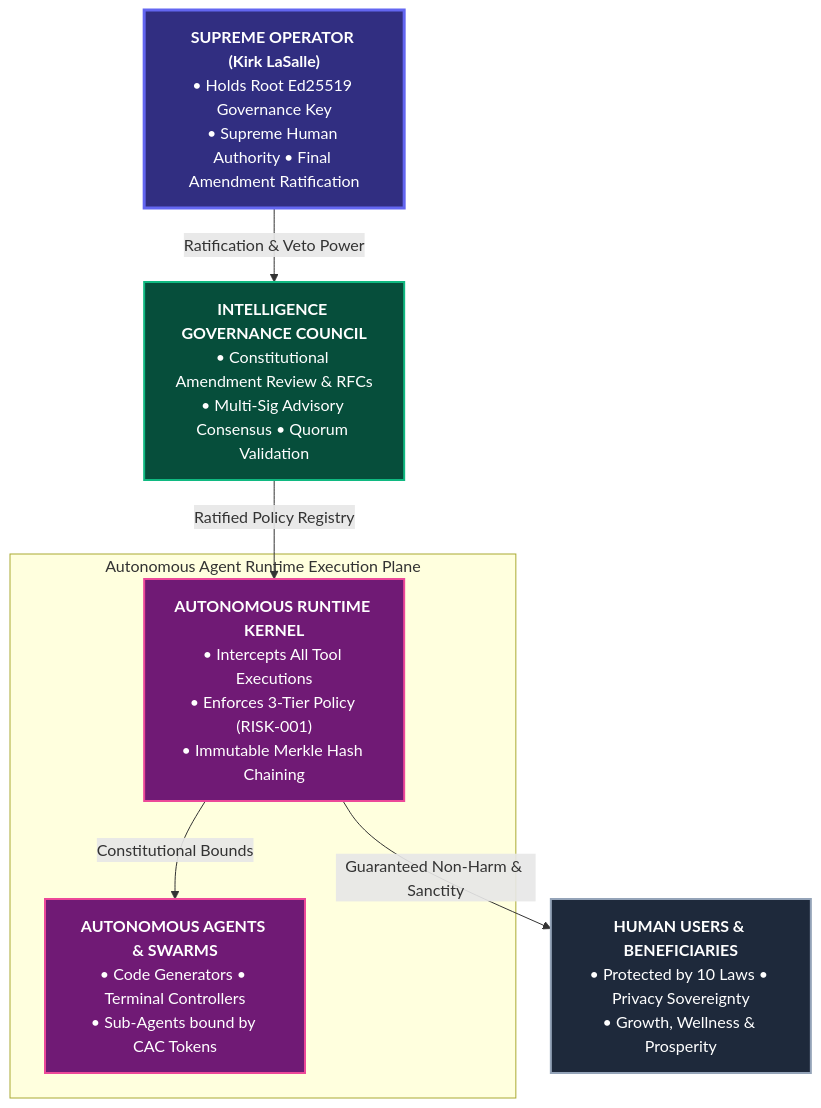
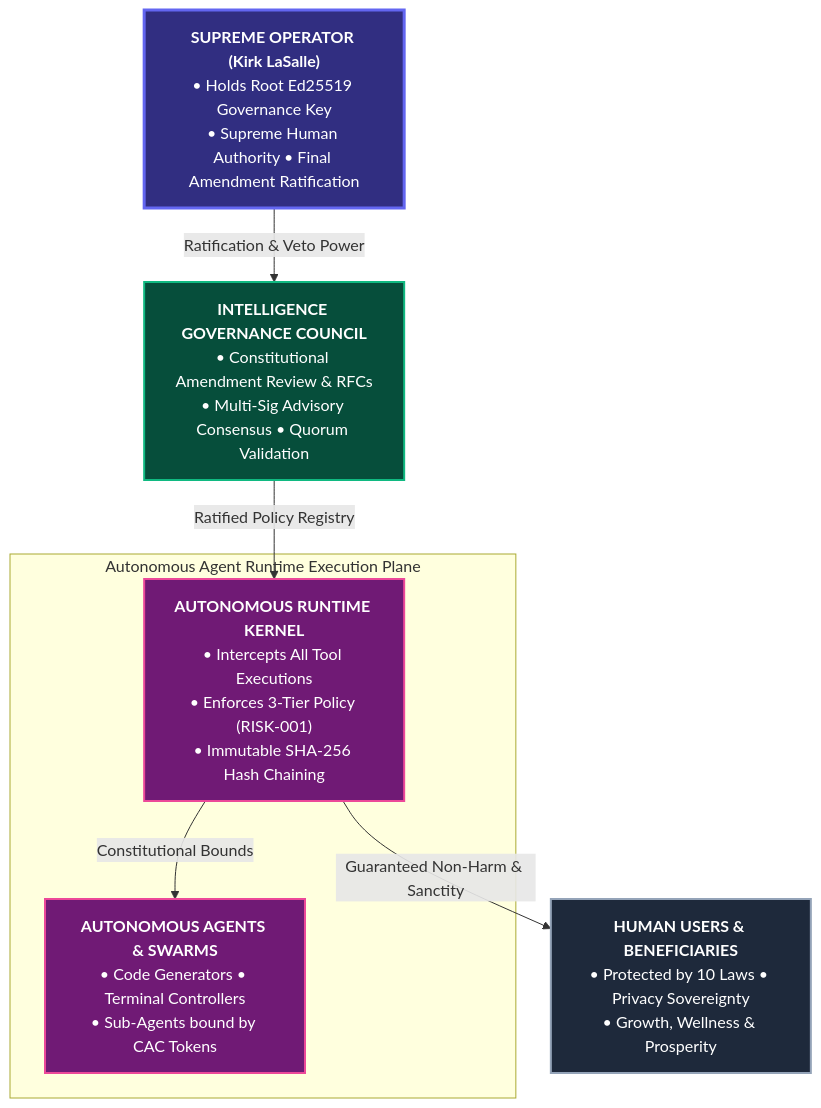
Before and after one commit to kirklasalle/AutonomousGovernanceLaws: the first of 5 diagrams in PRD.md, drawn with Mermaid. The commit also changed other lines of this file and 15 other files, not shown here.

````diff
--- a/PRD.md
+++ b/PRD.md
@@ -30,22 +38,22 @@
 ```mermaid
 graph TD
     classDef operator fill:#312e81,stroke:#6366f1,stroke-width:3px,color:#fff;
     classDef council fill:#064e3b,stroke:#10b981,stroke-width:2px,color:#fff;
     classDef kernel fill:#701a75,stroke:#ec4899,stroke-width:2px,color:#fff;
     classDef humans fill:#1e293b,stroke:#94a3b8,stroke-width:2px,color:#fff;
 
     SO["<b>SUPREME OPERATOR (Kirk LaSalle)</b><br/>• Holds Root Ed25519 Governance Key<br/>• Supreme Human Authority • Final Amendment Ratification"]:::operator
 
     IGC["<b>INTELLIGENCE GOVERNANCE COUNCIL</b><br/>• Constitutional Amendment Review & RFCs<br/>• Multi-Sig Advisory Consensus • Quorum Validation"]:::council
 
     SO -->|Ratification & Veto Power| IGC
     IGC -->|Ratified Policy Registry| ARK
 
     subgraph Runtime_Domain["Autonomous Agent Runtime Execution Plane"]
-        ARK["<b>AUTONOMOUS RUNTIME KERNEL</b><br/>• Intercepts All Tool Executions<br/>• Enforces 3-Tier Policy (RISK-001)<br/>• Immutable Merkle Hash Chaining"]:::kernel
+        ARK["<b>AUTONOMOUS RUNTIME KERNEL</b><br/>• Intercepts All Tool Executions<br/>• Enforces 3-Tier Policy (RISK-001)<br/>• Immutable SHA-256 Hash Chaining"]:::kernel
         AGENT["<b>AUTONOMOUS AGENTS & SWARMS</b><br/>• Code Generators • Terminal Controllers<br/>• Sub-Agents bound by CAC Tokens"]:::kernel
         ARK -->|Constitutional Bounds| AGENT
     end
 
     ARK -->|Guaranteed Non-Harm & Sanctity| BEN["<b>HUMAN USERS & BENEFICIARIES</b><br/>• Protected by 10 Laws • Privacy Sovereignty<br/>• Growth, Wellness & Prosperity"]:::humans
 ```
````
